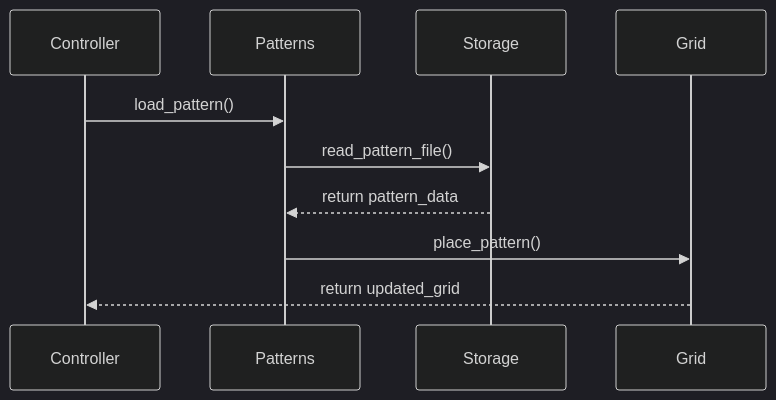
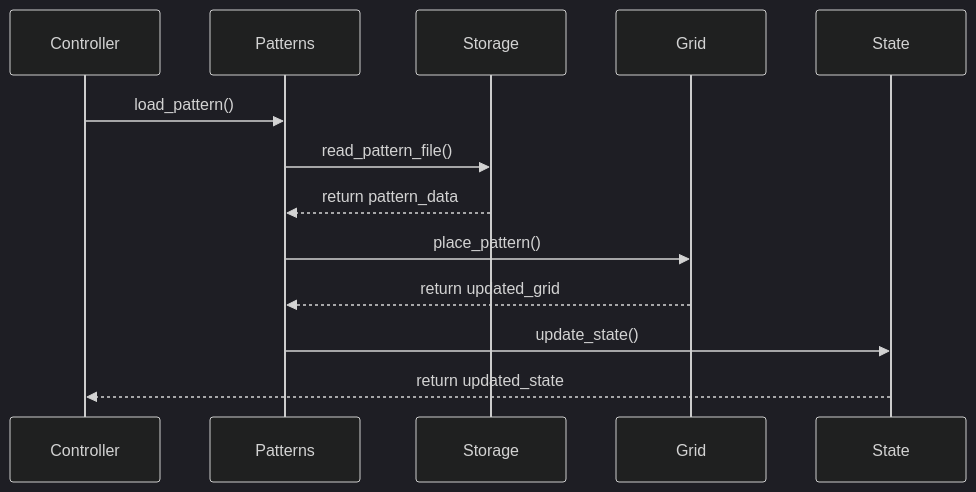
Before and after one commit to dewe/py-gol: the third of 6 diagrams in docs/diagrams.md, drawn with Mermaid (dark theme). The commit also changed other lines of this file and 4 other files, not shown here.

First line of the commit message:
docs(core): update documentation to reflect current architecture

````diff
--- a/docs/diagrams.md
+++ b/docs/diagrams.md
@@ -52,13 +60,16 @@
 ```mermaid
 sequenceDiagram
     participant Controller
     participant Patterns
     participant Storage
     participant Grid
+    participant State
     
     Controller->>Patterns: load_pattern()
     Patterns->>Storage: read_pattern_file()
     Storage-->>Patterns: return pattern_data
     Patterns->>Grid: place_pattern()
-    Grid-->>Controller: return updated_grid
+    Grid-->>Patterns: return updated_grid
+    Patterns->>State: update_state()
+    State-->>Controller: return updated_state
 ```
````
